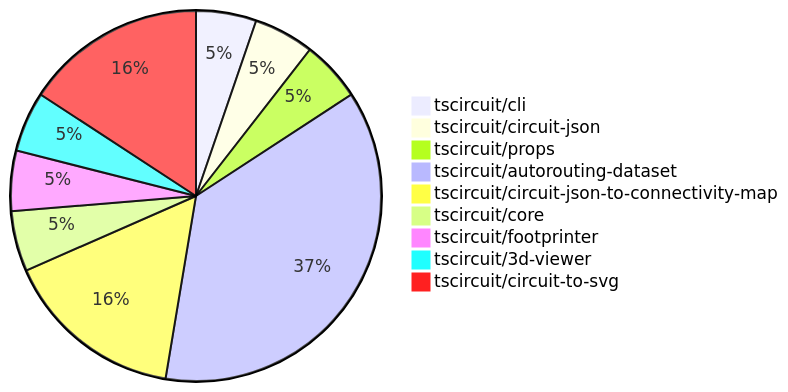
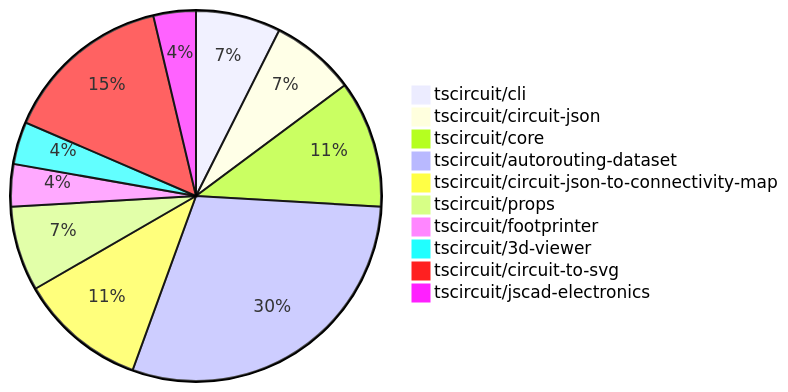
One commit to tscircuit/contribution-tracker changed the diagram in README.md. Above: the diagram before and after it, drawn with Mermaid. The commit also changed other lines of this file and 1 other file, not shown here.

````diff
--- a/README.md
+++ b/README.md
@@ -24,12 +24,13 @@
 ```mermaid
 pie
-    "tscircuit/cli" : 1
-    "tscircuit/circuit-json" : 1
-    "tscircuit/props" : 1
-    "tscircuit/autorouting-dataset" : 7
+    "tscircuit/cli" : 2
+    "tscircuit/circuit-json" : 2
+    "tscircuit/core" : 3
+    "tscircuit/autorouting-dataset" : 8
     "tscircuit/circuit-json-to-connectivity-map" : 3
-    "tscircuit/core" : 1
+    "tscircuit/props" : 2
     "tscircuit/footprinter" : 1
     "tscircuit/3d-viewer" : 1
-    "tscircuit/circuit-to-svg" : 3
+    "tscircuit/circuit-to-svg" : 4
+    "tscircuit/jscad-electronics" : 1
 ```
````
